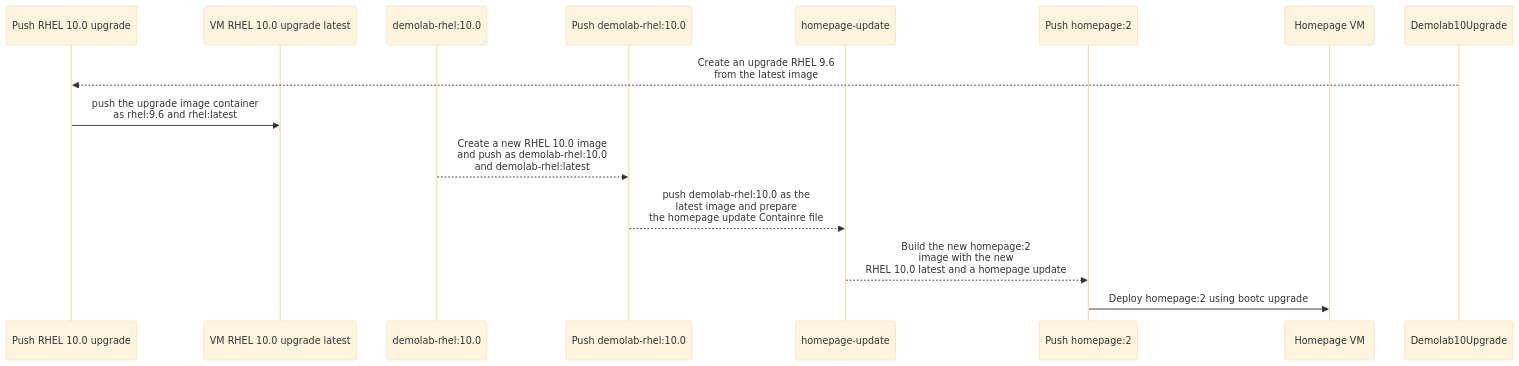
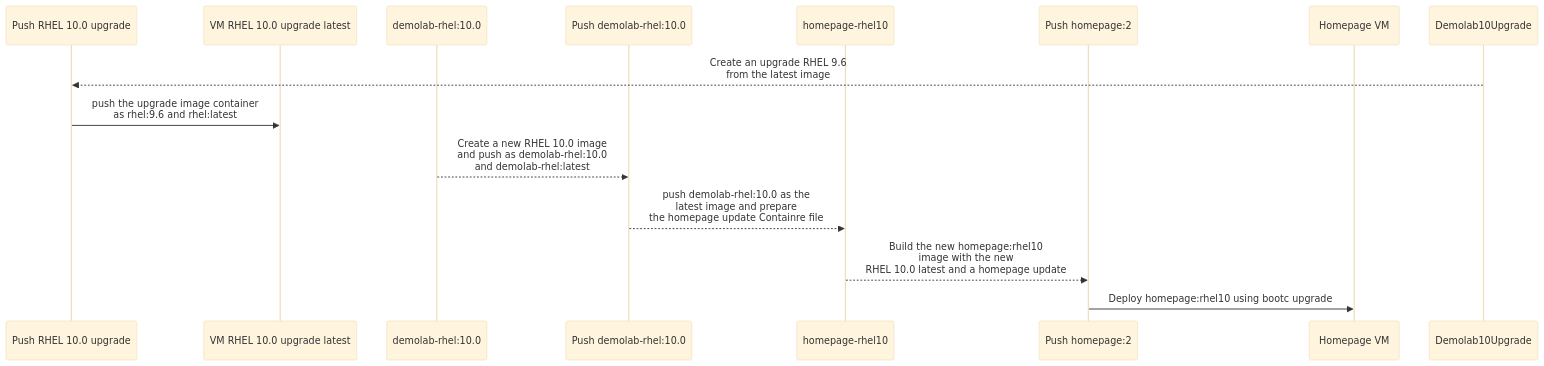
One commit to jvdbreggen/imagemodedemo changed the seventh of 10 diagrams in README.md. Above: the diagram before and after it, drawn with Mermaid (base theme). The commit also changed other lines of this file, not shown here.

````diff
--- a/README.md
+++ b/README.md
@@ -520,22 +565,22 @@
 ```mermaid
 sequenceDiagram
     %% Actors
     %% participant Demolab96 as demolab-rhel:9.6-1747275992
     participant PushRHEL10Upgrade as Push RHEL 10.0 upgrade
     participant VMRHEL10UpgradeLatest as VM RHEL 10.0 upgrade latest
     participant Demolab10 as demolab-rhel:10.0
     participant PushRHEL10 as Push demolab-rhel:10.0
-    participant HomepageUpdate as homepage-update
+    participant HomepageUpdate as homepage-rhel10
     participant PushHomepageUpdate as Push homepage:2
     participant HomepageVM as Homepage VM
 
     %% Upgrade path
     Demolab10Upgrade-->>PushRHEL10Upgrade: Create an upgrade RHEL 9.6<br/>from the latest image 
     PushRHEL10Upgrade->>VMRHEL10UpgradeLatest: push the upgrade image container<br/>as rhel:9.6 and rhel:latest
 
     %% RHEL 10 path
     Demolab10-->>PushRHEL10: Create a new RHEL 10.0 image<br/>and push as demolab-rhel:10.0<br/>and demolab-rhel:latest
     PushRHEL10-->>HomepageUpdate: push demolab-rhel:10.0 as the<br/>latest image and prepare<br/>the homepage update Containre file
-    HomepageUpdate-->>PushHomepageUpdate: Build the new homepage:2<br/>image with the new<br/>RHEL 10.0 latest and a homepage update
-    PushHomepageUpdate->>HomepageVM: Deploy homepage:2 using bootc upgrade
+    HomepageUpdate-->>PushHomepageUpdate: Build the new homepage:rhel10<br/>image with the new<br/>RHEL 10.0 latest and a homepage update
+    PushHomepageUpdate->>HomepageVM: Deploy homepage:rhel10 using bootc upgrade
 ```
````
